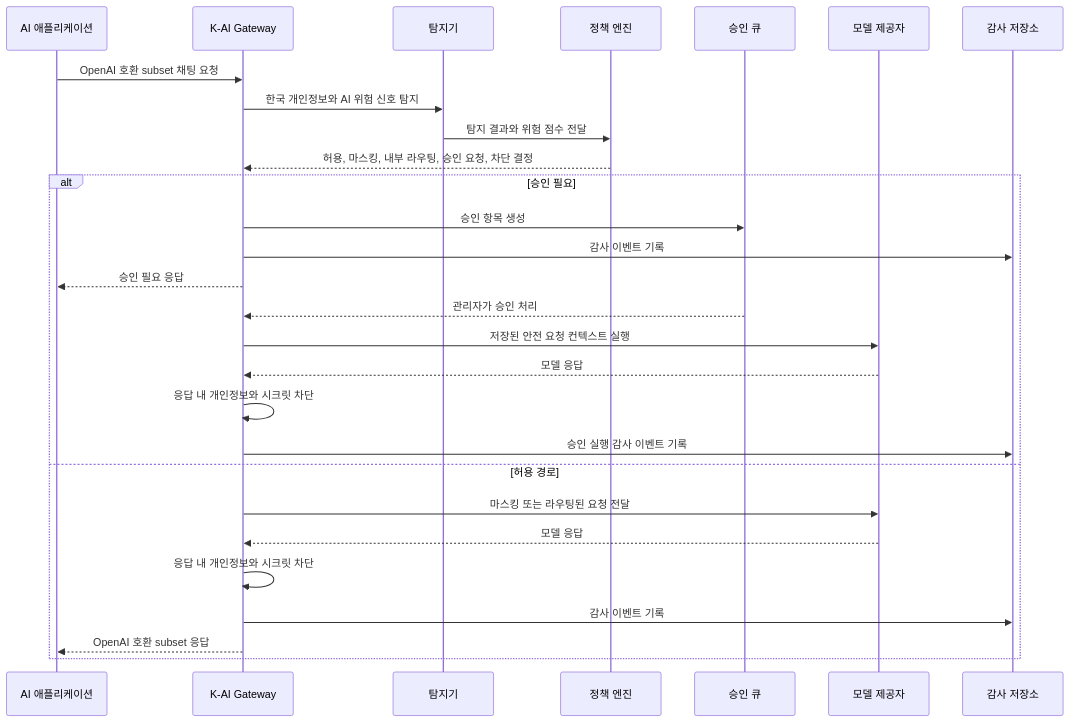
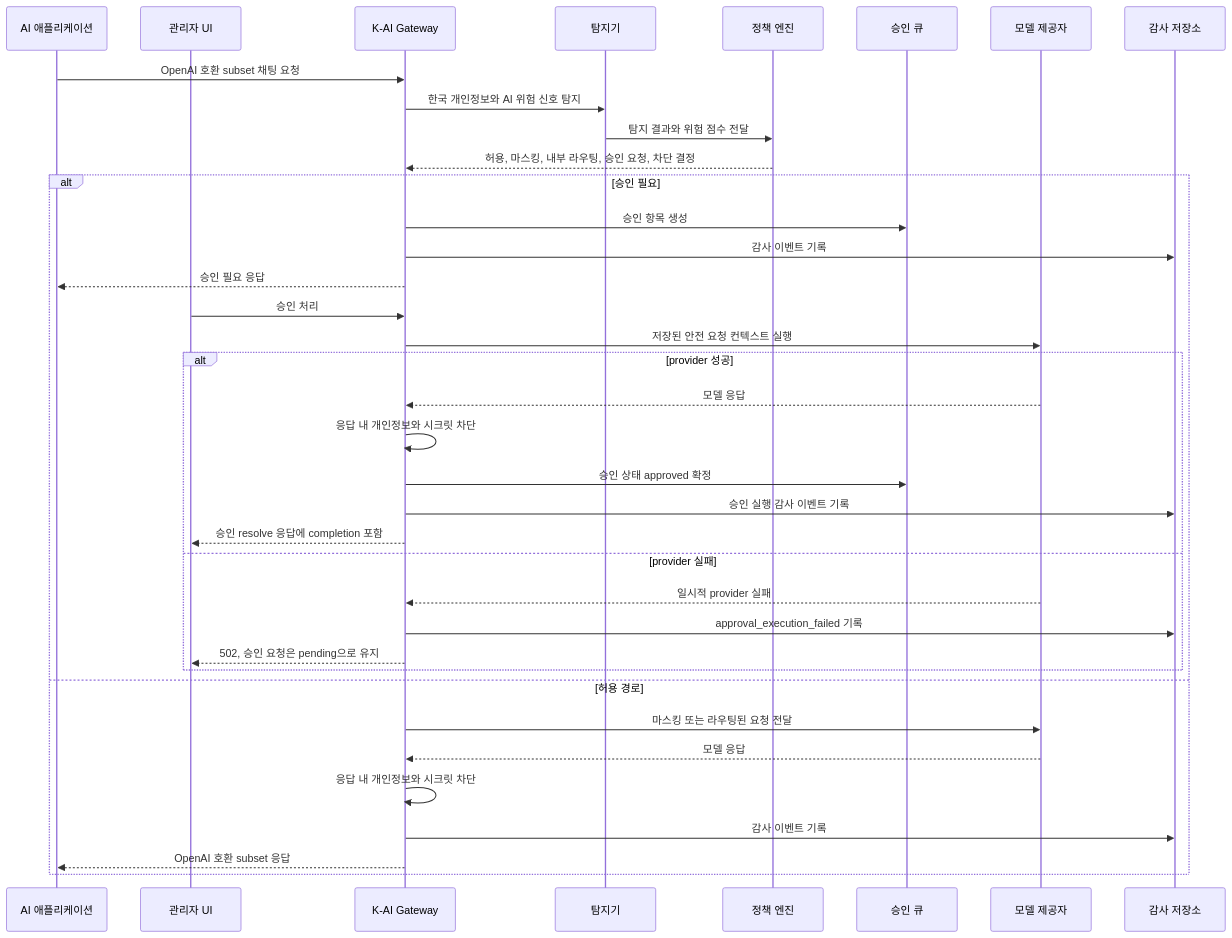
One commit to sinmb79/k-ai-security-gateway changed the second of 2 diagrams in README.ko.md. Above: the diagram before and after it, drawn with Mermaid. The commit also changed other lines of this file and 9 other files, not shown here.

Commit message:
fix: keep failed approval executions retryable (#3)

````diff
--- a/README.ko.md
+++ b/README.ko.md
@@ -67,31 +67,40 @@
 ```mermaid
 sequenceDiagram
     participant App as AI 애플리케이션
+    participant Admin as 관리자 UI
     participant GW as K-AI Gateway
     participant D as 탐지기
     participant P as 정책 엔진
     participant Q as 승인 큐
     participant M as 모델 제공자
     participant A as 감사 저장소
 
     App->>GW: OpenAI 호환 subset 채팅 요청
     GW->>D: 한국 개인정보와 AI 위험 신호 탐지
     D->>P: 탐지 결과와 위험 점수 전달
     P-->>GW: 허용, 마스킹, 내부 라우팅, 승인 요청, 차단 결정
     alt 승인 필요
         GW->>Q: 승인 항목 생성
         GW->>A: 감사 이벤트 기록
         GW-->>App: 승인 필요 응답
-        Q-->>GW: 관리자가 승인 처리
+        Admin->>GW: 승인 처리
         GW->>M: 저장된 안전 요청 컨텍스트 실행
-        M-->>GW: 모델 응답
-        GW->>GW: 응답 내 개인정보와 시크릿 차단
-        GW->>A: 승인 실행 감사 이벤트 기록
+        alt provider 성공
+            M-->>GW: 모델 응답
+            GW->>GW: 응답 내 개인정보와 시크릿 차단
+            GW->>Q: 승인 상태 approved 확정
+            GW->>A: 승인 실행 감사 이벤트 기록
+            GW-->>Admin: 승인 resolve 응답에 completion 포함
+        else provider 실패
+            M-->>GW: 일시적 provider 실패
+            GW->>A: approval_execution_failed 기록
+            GW-->>Admin: 502, 승인 요청은 pending으로 유지
+        end
     else 허용 경로
         GW->>M: 마스킹 또는 라우팅된 요청 전달
         M-->>GW: 모델 응답
         GW->>GW: 응답 내 개인정보와 시크릿 차단
         GW->>A: 감사 이벤트 기록
         GW-->>App: OpenAI 호환 subset 응답
     end
 ```
````
